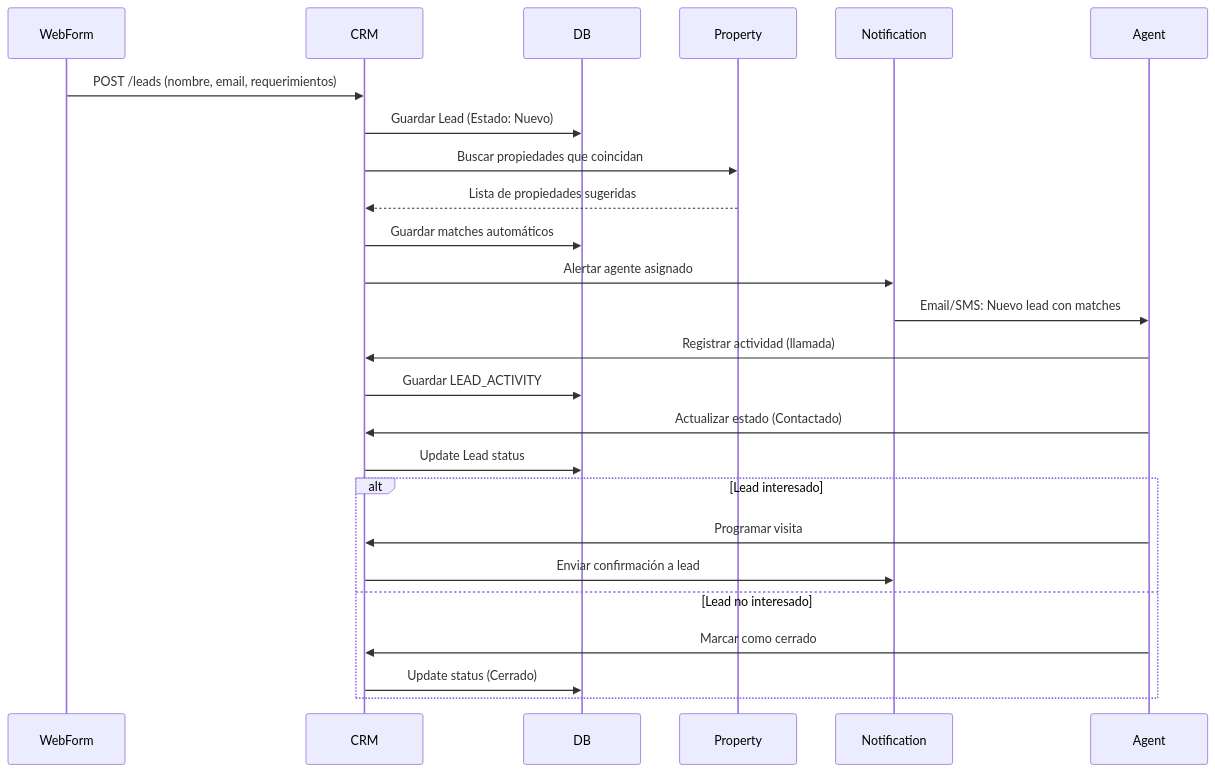
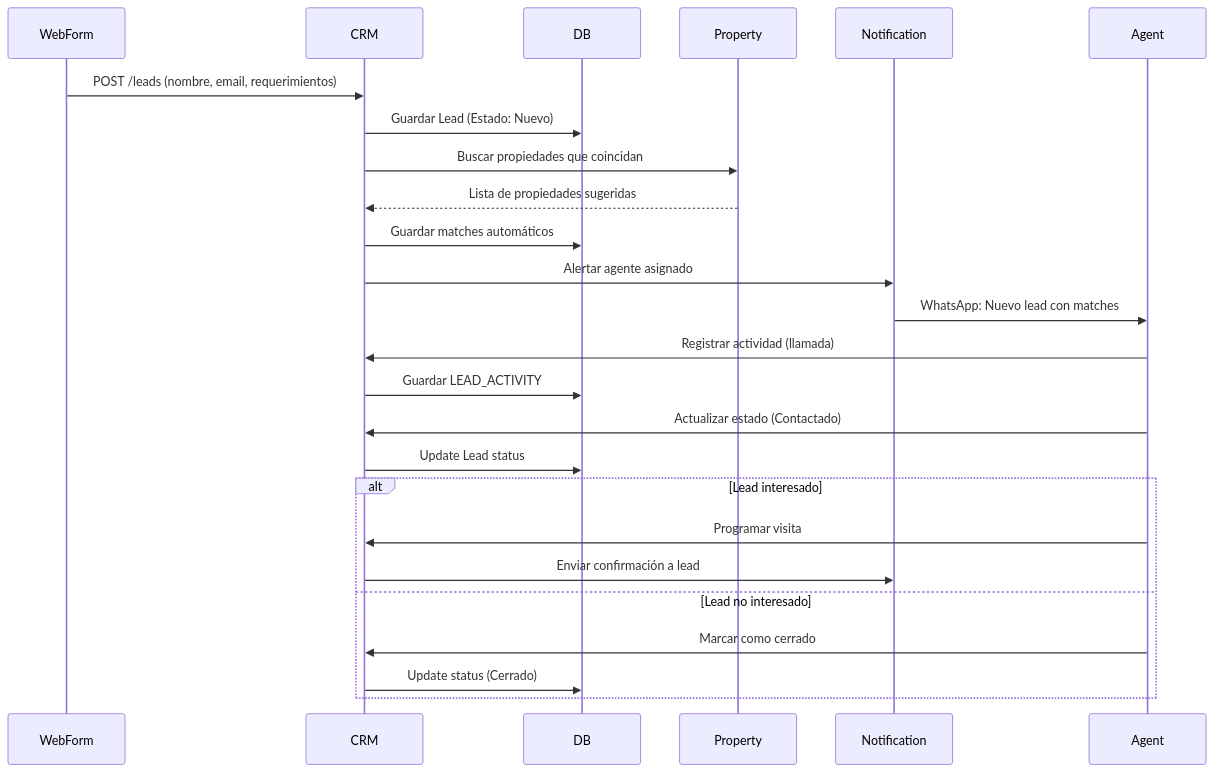
The sixth of 14 diagrams in docs/technical/sequence.md (andrescastiglia/rent), drawn with Mermaid before and after one commit. The commit also changed other lines of this file and 33 other files, not shown here.

First line of the commit message:
feat: integrate WhatsApp messaging for notifications and reminders

````diff
--- a/docs/technical/sequence.md
+++ b/docs/technical/sequence.md
@@ -152,32 +152,32 @@
 ```mermaid
 sequenceDiagram
     participant WebForm
     participant CRM
     participant DB
     participant Property
     participant Notification
     participant Agent
 
     WebForm->>CRM: POST /leads (nombre, email, requerimientos)
     CRM->>DB: Guardar Lead (Estado: Nuevo)
     CRM->>Property: Buscar propiedades que coincidan
     Property-->>CRM: Lista de propiedades sugeridas
     
     CRM->>DB: Guardar matches automáticos
     CRM->>Notification: Alertar agente asignado
-    Notification->>Agent: Email/SMS: Nuevo lead con matches
+    Notification->>Agent: WhatsApp: Nuevo lead con matches
     
     Agent->>CRM: Registrar actividad (llamada)
     CRM->>DB: Guardar LEAD_ACTIVITY
     
     Agent->>CRM: Actualizar estado (Contactado)
     CRM->>DB: Update Lead status
     
     alt Lead interesado
         Agent->>CRM: Programar visita
         CRM->>Notification: Enviar confirmación a lead
     else Lead no interesado
         Agent->>CRM: Marcar como cerrado
         CRM->>DB: Update status (Cerrado)
     end
 ```
````
